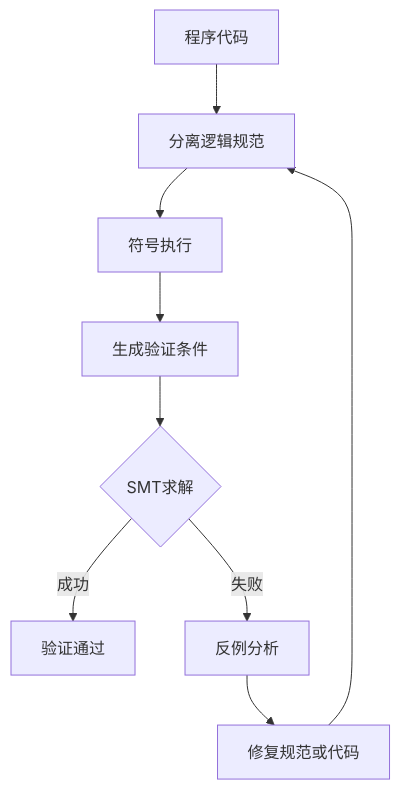
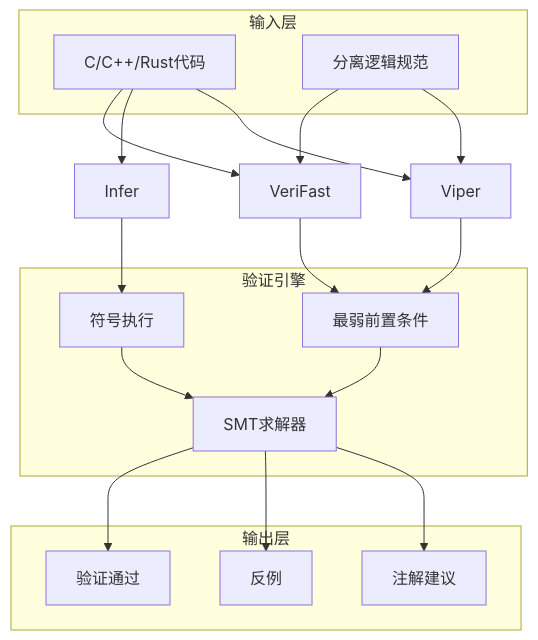
Before and after one commit to AdaMartin18010/AnalysisDataFlow: the second of 6 diagrams in formal-methods/05-verification/01-logic/03-separation-logic.md, drawn with Mermaid. The commit also changed other lines of this file and 46 other files, not shown here.

````diff
--- a/formal-methods/05-verification/01-logic/03-separation-logic.md
+++ b/formal-methods/05-verification/01-logic/03-separation-logic.md
@@ -126,11 +260,36 @@
 ```mermaid
-flowchart TD
-    A[程序代码] --> B[分离逻辑规范]
-    B --> C[符号执行]
-    C --> D[生成验证条件]
-    D --> E{SMT求解}
-    E -->|成功| F[验证通过]
-    E -->|失败| G[反例分析]
-    G --> H[修复规范或代码]
-    H --> B
+graph TB
+    subgraph 输入层
+        Code[C/C++/Rust代码]
+        Spec[分离逻辑规范]
+    end
+
+    subgraph 验证引擎
+        WP[最弱前置条件]
+        SymExec[符号执行]
+        SMT[SMT求解器]
+    end
+
+    subgraph 输出层
+        Verified[验证通过]
+        Counterexample[反例]
+        Annotation[注解建议]
+    end
+
+    Code --> VeriFast
+    Code --> Infer
+    Code --> Viper
+    Spec --> VeriFast
+    Spec --> Viper
+
+    VeriFast --> WP
+    Infer --> SymExec
+    Viper --> WP
+
+    WP --> SMT
+    SymExec --> SMT
+
+    SMT --> Verified
+    SMT --> Counterexample
+    SMT --> Annotation
 ```
````
